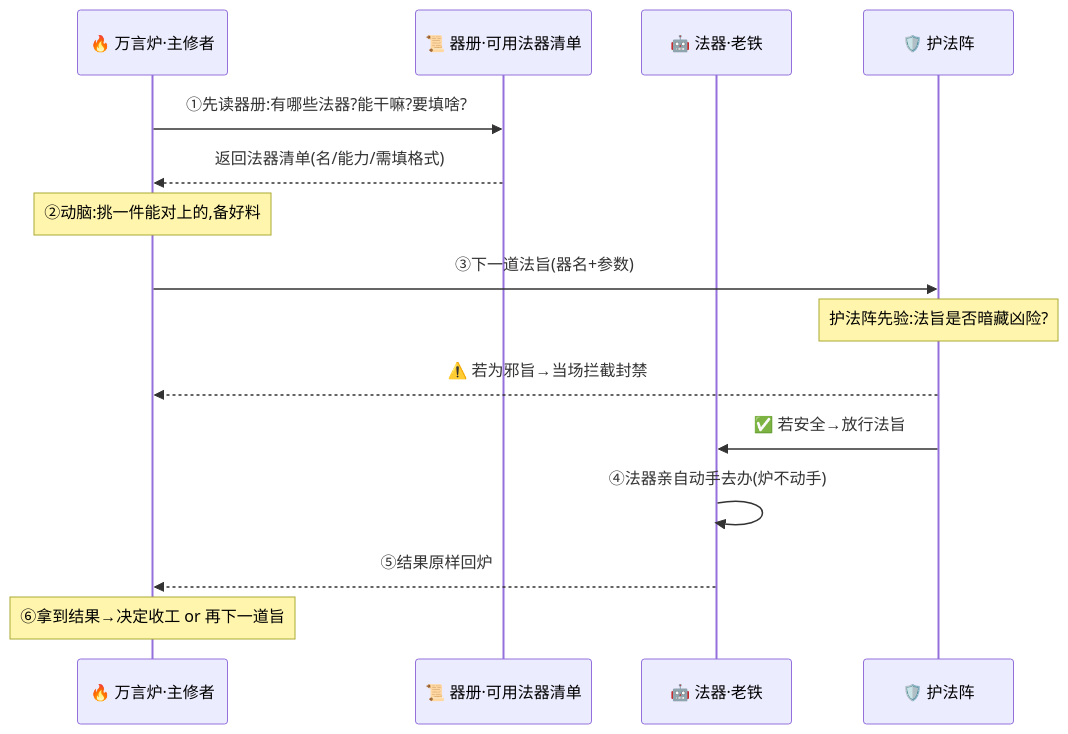
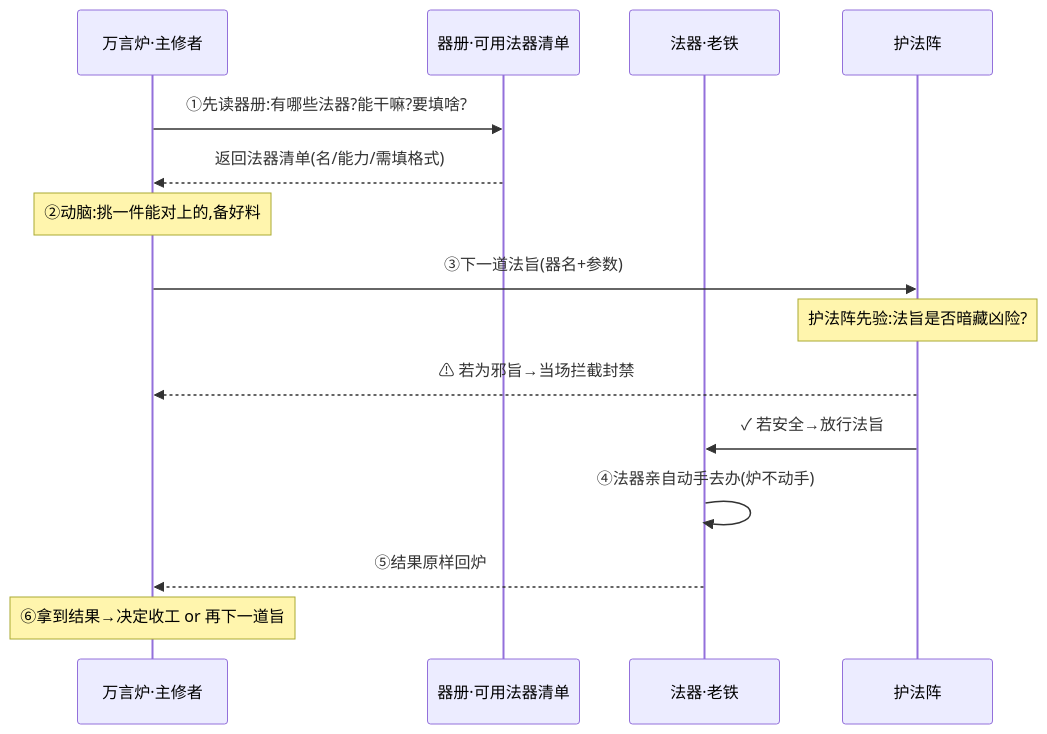
The diagram in docs/09_STORY_修仙学AI/STORY-金丹/[STORY-章节-119] 第05章 金丹·驭器术.md (luckykhy/KhyAiHub), drawn with Mermaid before and after one commit. The commit also changed other lines of this file and 19 other files, not shown here.

````diff
--- a/docs/09_STORY_修仙学AI/STORY-金丹/[STORY-章节-119] 第05章 金丹·驭器术.md
+++ b/docs/09_STORY_修仙学AI/STORY-金丹/[STORY-章节-119] 第05章 金丹·驭器术.md
@@ -125,18 +125,18 @@
 ```mermaid
 sequenceDiagram
-    participant 炉 as 🔥 万言炉·主修者
-    participant 册 as 📜 器册·可用法器清单
-    participant 器 as 🤖 法器·老铁
-    participant 阵 as 🛡️ 护法阵
+    participant 炉 as 万言炉·主修者
+    participant 册 as 器册·可用法器清单
+    participant 器 as 法器·老铁
+    participant 阵 as 护法阵
 
     炉->>册: ①先读器册:有哪些法器?能干嘛?要填啥?
     册-->>炉: 返回法器清单(名/能力/需填格式)
     Note over 炉: ②动脑:挑一件能对上的,备好料
     炉->>阵: ③下一道法旨(器名+参数)
     Note over 阵: 护法阵先验:法旨是否暗藏凶险?
-    阵-->>炉: ⚠️ 若为邪旨→当场拦截封禁
-    阵->>器: ✅ 若安全→放行法旨
+    阵-->>炉: ⚠ 若为邪旨→当场拦截封禁
+    阵->>器: ✓ 若安全→放行法旨
     器->>器: ④法器亲自动手去办(炉不动手)
     器-->>炉: ⑤结果原样回炉
     Note over 炉: ⑥拿到结果→决定收工 or 再下一道旨
 ```
````
